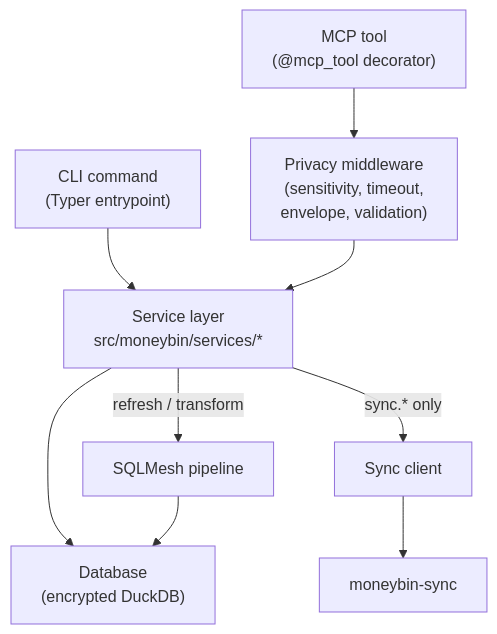
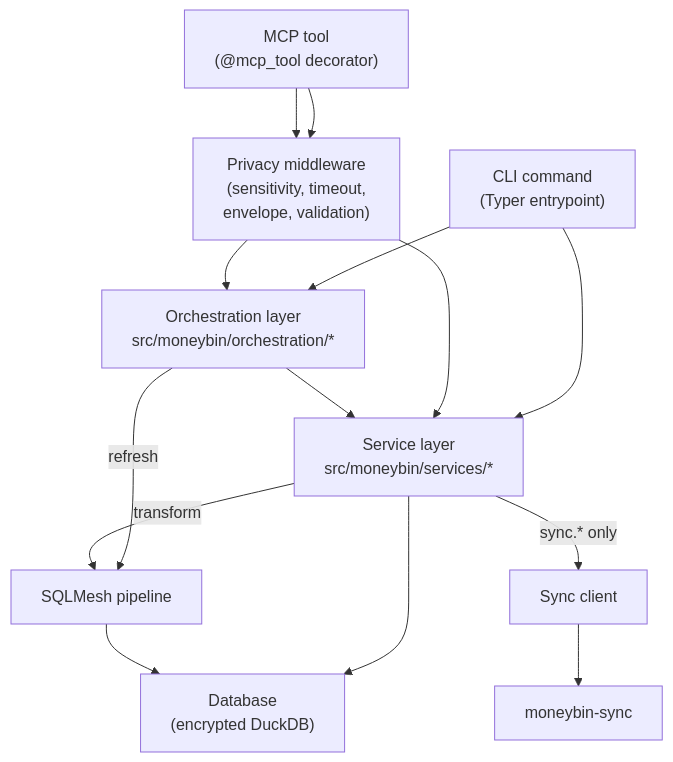
The second of 2 diagrams in docs/reference/system-overview.md (bsaffel/moneybin), drawn with Mermaid before and after one commit. The commit also changed other lines of this file and 1 other file, not shown here.

First paragraph of the commit message:
Widen the layering guard to every block that runs at import
Pre-push review found the guard weaker than its own docstring claimed, in
two ways that both let a future upward import through.

````diff
--- a/docs/reference/system-overview.md
+++ b/docs/reference/system-overview.md
@@ -48,19 +48,24 @@
 ```mermaid
 flowchart TD
   cli["CLI command<br/>(Typer entrypoint)"]
   tool["MCP tool<br/>(@mcp_tool decorator)"]
   mw["Privacy middleware<br/>(sensitivity, timeout,<br/>envelope, validation)"]
+  orch["Orchestration layer<br/>src/moneybin/orchestration/*"]
   svc["Service layer<br/>src/moneybin/services/*"]
   db["Database<br/>(encrypted DuckDB)"]
   sm["SQLMesh pipeline"]
   sync["Sync client"]
   srv["moneybin-sync"]
 
   cli --> svc
+  cli --> orch
   tool --> mw --> svc
+  tool --> mw --> orch
+  orch --> svc
   svc --> db
-  svc -->|refresh / transform| sm
+  orch -->|refresh| sm
+  svc -->|transform| sm
   sm --> db
   svc -->|sync.* only| sync
   sync --> srv
 ```
````
